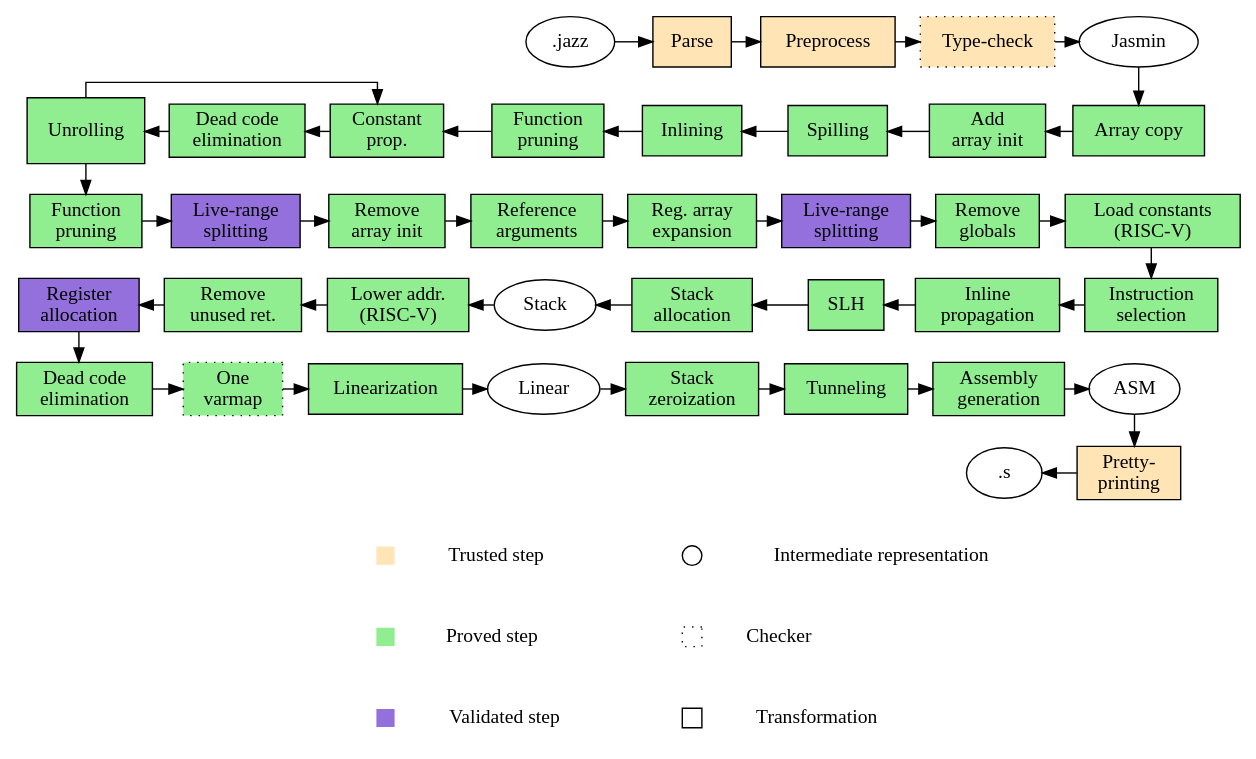
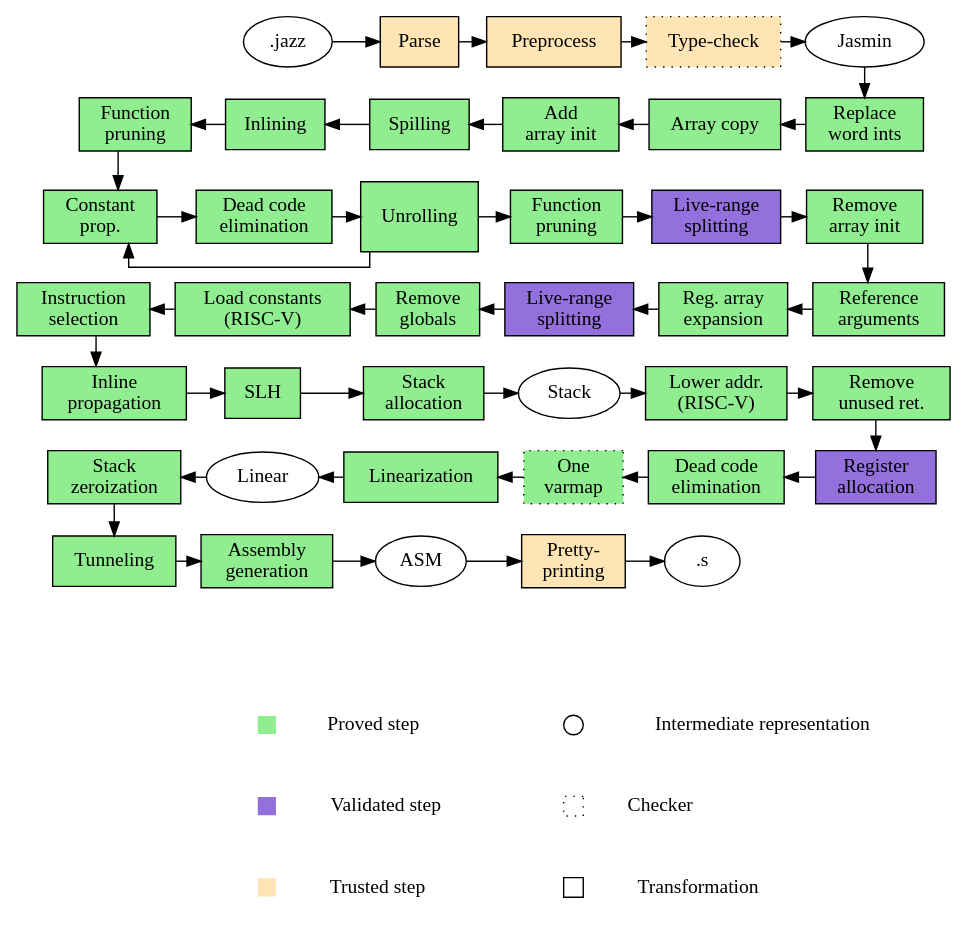
Before and after one commit to lyonel2017/jasmin-doc: the diagram in source/compiler/passes/passes.dot, drawn with Graphviz. The commit also changed 2 other files, not shown here.

Commit message:
Add pass "replace word ints"
And some polishing

```diff
--- a/source/compiler/passes/passes.dot
+++ b/source/compiler/passes/passes.dot
@@ -1,186 +1,194 @@
 digraph {
   ranksep=.3;
   graph [splines=ortho];
   // Disable tooltip by default
   node[shape=box, style=filled, colorscheme=SVG, tooltip=" "];
 
 // Nodes
 jazz[label=".jazz",shape=oval,fillcolor=white];
 parse[label="Parse",fillcolor=moccasin];
 preprocess[label="Preprocess",fillcolor=moccasin];
 typing[label="Type-check",style="filled,dotted",fillcolor=moccasin];
 jasmin[label="Jasmin",shape=oval,fillcolor=white];
 
+wintword[label="Replace\nword ints",fillcolor=lightgreen,href="wint_word.html",target="_top",tooltip="Replace word ints"];
 arraycopy[label="Array copy",fillcolor=lightgreen,href="array_copy.html",target="_top",tooltip="Array copy"];
 addarrinit[label="Add\narray init",fillcolor=lightgreen,href="array_init.html",target="_top",tooltip="Add array init"];
 lowerspill[label="Spilling",fillcolor=lightgreen,href="lower_spill.html",target="_top",tooltip="Lowering of spills"];
 inline[label="Inlining",fillcolor=lightgreen,href="function_inlining.html",target="_top",tooltip="Function inlining"];
 rmfunc[label="Function\npruning",fillcolor=lightgreen,href="removal_unused_functions.html",target="_top",tooltip="Function pruning"];
+
 cstprop[label="Constant\nprop.",fillcolor=lightgreen,href="constant_propagation.html",target="_top",tooltip="Constant propagation"];
 dce[label="Dead code\nelimination",fillcolor=lightgreen,href="deadcode_elimination.html",target="_top",tooltip="Dead code elimination"];
 unroll[label="Unrolling",fillcolor=lightgreen, href="loop_unrolling.html",target="_top",tooltip="Loop unrolling"];
-
 rmfunc2[label="Function\npruning",fillcolor=lightgreen,href="removal_unused_functions.html",target="_top",tooltip="Function pruning"];
 splitting[label="Live-range\nsplitting",fillcolor=mediumpurple,href="liverange_splitting.html",target="_top",tooltip="Live-range splitting"];
 rmarrinit[label="Remove\narray init",fillcolor=lightgreen,href="array_init_rm.html",target="_top",tooltip="Remove array init"];
+
 makeref[label="Reference\narguments",fillcolor=lightgreen,href="make_ref_arguments.html",target="_top",tooltip="Make reference arguments"];
 arrexp[label="Reg. array\nexpansion",fillcolor=lightgreen,href="expansion_reg_arrays.html",target="_top",tooltip="Register arrays expansion"];
 splitting2[label="Live-range\nsplitting",fillcolor=mediumpurple,href="liverange_splitting.html",target="_top",tooltip="Live-range splitting"];
 rmglobals[label="Remove\nglobals",fillcolor=lightgreen,href="remove_global.html",target="_top",tooltip="Removal of globals"];
 loadconst[label="Load constants\n(RISC-V)",fillcolor=lightgreen,href="load_constants.html",target="_top",tooltip="Load constants (RISC-V)"];
+lowering[label="Instruction\nselection",fillcolor=lightgreen,href="inst_select.html",target="_top",tooltip="Instruction selection"];
 
-lowering[label="Instruction\nselection",fillcolor=lightgreen,href="inst_select.html",target="_top",tooltip="Instruction selection"];
 propagate[label="Inline\npropagation",fillcolor=lightgreen,href="propagate_inline.html",target="_top",tooltip="Inline propagation"];
 slhlowering[label="SLH",fillcolor=lightgreen,href="lower_slh.html",target="_top",tooltip="Lowering of SLH"];
 stkalloc[label="Stack\nallocation",fillcolor=lightgreen,href="stack_alloc.html",target="_top",tooltip="Stack allocation"];
 stack[label="Stack",shape=oval,fillcolor=white];
 loweraddr[label="Lower addr.\n(RISC-V)",fillcolor=lightgreen,href="lower_addr.html",target="_top",tooltip="Lowering of complex addressing mode (RISC-V)"];
 rmreturn[label="Remove\nunused ret.",fillcolor=lightgreen,href="rm_unused_ret_value.html",target="_top",tooltip="Remove unused return values"];
+
 ralloc[label="Register\nallocation",fillcolor=mediumpurple,href="reg_alloc.html",target="_top",tooltip="Register allocation"];
-
 dce2[label="Dead code\nelimination",fillcolor=lightgreen,href="deadcode_elimination.html",target="_top",tooltip="Dead code elimination"];
 onevarmap[label="One\nvarmap",style="filled,dotted",fillcolor=lightgreen,href="merge_varmaps.html",target="_top",tooltip="One varmap checker"];
 linearization[label="Linearization",fillcolor=lightgreen,href="linearization.html",target="_top",tooltip="Linearization"];
 linear[label="Linear",shape=oval,fillcolor=white];
 stackzero[label="Stack\nzeroization",fillcolor=lightgreen,href="stack_zero.html",target="_top",tooltip="Stack zeroization"];
+
 tunnel[label="Tunneling",fillcolor=lightgreen,href="tunneling.html",target="_top",tooltip="Tunneling"];
 asmgen[label="Assembly\ngeneration",fillcolor=lightgreen,href="asm_gen.html",target="_top",tooltip="Assembly generation"];
 asm[label="ASM",shape=oval,fillcolor=white];
 prettyprint[label="Pretty-\nprinting",fillcolor=moccasin];
 asmfile[label=".s",shape=oval,fillcolor=white];
 
 
 // Edges
 subgraph line1 {
   rank=same;
 
   jazz -> parse;
   parse -> preprocess;
   preprocess -> typing;
   typing -> jasmin;
 }
 
-jasmin -> arraycopy;
+jasmin -> wintword;
 
 subgraph line2 {
   edge[dir=back];
   rank=same;
 
-  unroll[height=0.65];
-  unroll -> dce;
-  dce -> cstprop;
-  cstprop -> rmfunc;
   rmfunc -> inline;
   inline -> lowerspill;
   lowerspill -> addarrinit;
   addarrinit -> arraycopy;
-
-  unroll -> cstprop [dir=forward];
+  arraycopy -> wintword;
 }
 
-unroll -> rmfunc2;
+rmfunc -> cstprop;
 
 subgraph line3 {
   rank=same;
 
+  unroll[height=0.7];
+  cstprop -> dce;
+  dce -> unroll;
+  unroll -> rmfunc2;
+  cstprop -> unroll [dir=back];
+
   rmfunc2 -> splitting;
   splitting -> rmarrinit;
-  rmarrinit -> makeref;
-  makeref -> arrexp;
-  arrexp -> splitting2;
-  splitting2 -> rmglobals;
-  rmglobals -> loadconst;
 }
 
-loadconst -> lowering;
+rmarrinit -> makeref;
 
 subgraph line4 {
   edge[dir=back];
   rank=same;
 
-  ralloc -> rmreturn;
-  rmreturn -> loweraddr;
-  loweraddr -> stack;
-  stack -> stkalloc;
-  stkalloc -> slhlowering;
-  slhlowering -> propagate;
-  propagate -> lowering;
+  lowering -> loadconst;
+  loadconst -> rmglobals;
+  rmglobals -> splitting2;
+  splitting2 -> arrexp;
+  arrexp -> makeref;
 }
 
-ralloc -> dce2;
+lowering -> propagate;
 
 subgraph line5 {
   rank=same;
 
-  dce2 -> onevarmap;
-  onevarmap -> linearization;
-  linearization -> linear;
-  linear -> stackzero;
-  stackzero -> tunnel;
-  tunnel -> asmgen;
-  asmgen -> asm;
+  propagate -> slhlowering;
+  slhlowering -> stkalloc;
+  stkalloc -> stack;
+  stack -> loweraddr;
+  loweraddr -> rmreturn;
 }
 
-asm -> prettyprint;
+rmreturn -> ralloc;
 
 subgraph line6 {
   rank=same;
   edge[dir=back];
 
-  asmfile -> prettyprint;
+  stackzero -> linear;
+  linear -> linearization;
+  linearization -> onevarmap;
+  onevarmap -> dce2;
+  dce2 -> ralloc;
+}
+
+stackzero -> tunnel;
+
+subgraph line7 {
+  rank=same;
+
+  tunnel -> asmgen;
+  asmgen -> asm;
+  asm -> prettyprint;
+  prettyprint -> asmfile;
 }
 
 subgraph caption {
   node[color=white,fillcolor=white];
 
-  trusted[label="",fillcolor=moccasin,fixedsize=shape,width=0.2,height=0.2];
-  trustedlbl[label="Trusted step"];
   proved[label="",fillcolor=lightgreen,fixedsize=shape,width=0.2,height=0.2];
   provedlbl[label="Proved step"];
   validated[label="",fillcolor=mediumpurple,fixedsize=shape,width=0.2,height=0.2];
   validatedlbl[label="Validated step"];
+  trusted[label="",fillcolor=moccasin,fixedsize=shape,width=0.2,height=0.2];
+  trustedlbl[label="Trusted step"];
 
   intermediate[label="",shape=oval,color=black,fixedsize=shape,label="",width=0.2,height=0.2];
   intermediatelbl[label="Intermediate representation"];
   checker[label="",style=dotted,color=black,fixedsize=shape,label="",width=0.2,height=0.2];
   checkerlbl[label="Checker"];
   transformation[label="",color=black,fixedsize=shape,width=0.2,height=0.2];
   transformationlbl[label="Transformation"];
 
   edge[style=invis];
-  { rank=same; trusted -> trustedlbl; intermediate -> intermediatelbl; }
-  trusted -> proved;
+  { rank=same; proved -> provedlbl; intermediate -> intermediatelbl; }
+  proved -> validated;
   intermediate -> checker;
-  { rank=same; proved -> provedlbl; checker -> checkerlbl; }
-  proved -> validated;
+  { rank=same; validated -> validatedlbl; checker -> checkerlbl; }
+  validated -> trusted;
   checker -> transformation;
-  { rank=same; validated -> validatedlbl; transformation -> transformationlbl; }
+  { rank=same; trusted -> trustedlbl; transformation -> transformationlbl; }
 }
 
 // Hacks to make the graph prettier
 edge[style=invis];
 
 // This better aligns the blocks
-rmfunc2 -> ralloc;
-dce -> splitting -> rmreturn -> onevarmap;
-cstprop -> rmarrinit -> loweraddr -> linearization;
-jazz -> rmfunc -> makeref -> stack -> linear;
-parse -> inline -> arrexp -> stkalloc -> stackzero;
-preprocess -> lowerspill -> splitting2 -> slhlowering -> tunnel;
-typing -> addarrinit -> rmglobals -> propagate -> asmgen -> asmfile;
-arraycopy -> loadconst;
-lowering -> asm;
+cstprop -> lowering;
+propagate -> stackzero;
+jazz -> inline -> dce -> loadconst -> slhlowering -> linear -> asmgen;
+parse -> lowerspill -> unroll -> rmglobals -> stkalloc -> linearization -> asm;
+preprocess -> addarrinit -> rmfunc2 -> splitting2 -> stack -> onevarmap -> prettyprint;
+typing -> arraycopy -> splitting -> arrexp -> loweraddr -> dce2 -> asmfile;
+wintword -> rmarrinit;
+makeref -> rmreturn;
 
 // This puts the caption below the graph
-trusted0[style=invis];
-linearization -> trusted0 -> trusted;
+proved0[style=invis];
+asmgen -> proved0 -> proved;
 intermediate0[style=invis];
-stackzero -> intermediate0 -> intermediate;
+prettyprint -> intermediate0 -> intermediate;
 
 // The 2 following lines allow the loop back from unroll to cstprop
-// to be above instead of below the second line. This is particularly
-// hacky. I don't even know why it works.
-jazz0[style=invis];
-{ rank=same; jazz0 -> jazz [style=invis]; }
+// to be above instead of below the second line.
+cstprop -> lowering;
+cstprop -> lowering;
 
 }
```
